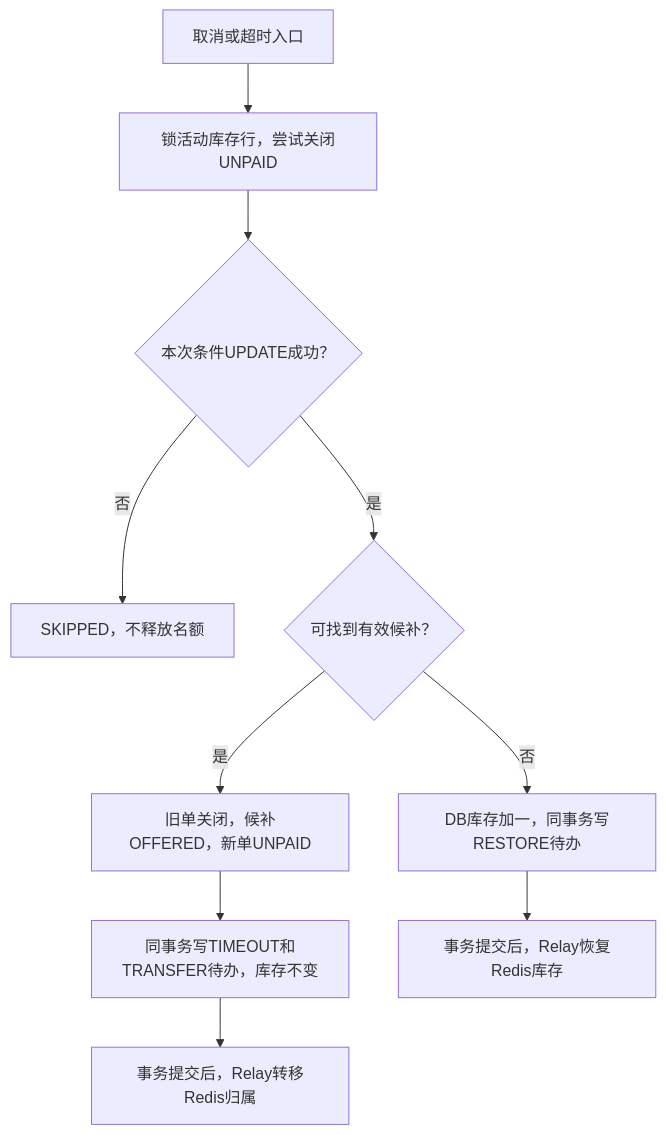
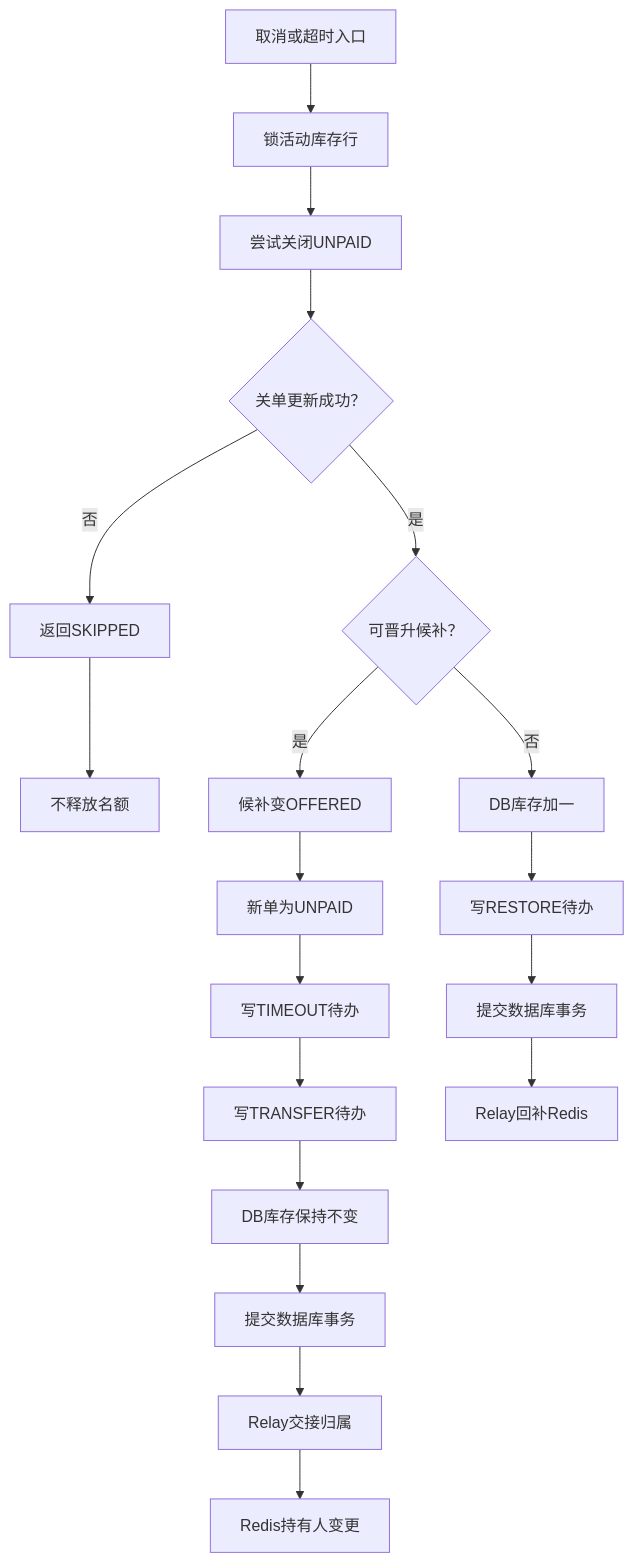
Before and after one commit to SyH-101/citypass-platform: the fourth of 6 diagrams in 01-异步预约与候补调度.md, drawn with Mermaid. The commit also changed other lines of this file, not shown here.

Commit message:
docs: split long reservation flowchart labels to prevent clipping

````diff
--- a/01-异步预约与候补调度.md
+++ b/01-异步预约与候补调度.md
@@ -559,12 +567,21 @@
 ```mermaid
 flowchart TD
-    A["取消或超时入口"] --> B["锁活动库存行，尝试关闭UNPAID"]
-    B --> C{"本次条件UPDATE成功？"}
-    C -->|否| D["SKIPPED，不释放名额"]
-    C -->|是| E{"可找到有效候补？"}
-    E -->|是| F["旧单关闭，候补OFFERED，新单UNPAID"]
-    F --> G["同事务写TIMEOUT和TRANSFER待办，库存不变"]
-    E -->|否| H["DB库存加一，同事务写RESTORE待办"]
-    G --> I["事务提交后，Relay转移Redis归属"]
-    H --> J["事务提交后，Relay恢复Redis库存"]
+    A["取消或超时入口"] --> B["锁活动库存行"]
+    B --> B2["尝试关闭UNPAID"]
+    B2 --> C{"关单更新成功？"}
+    C -->|否| D["返回SKIPPED"]
+    D --> D2["不释放名额"]
+    C -->|是| E{"可晋升候补？"}
+    E -->|是| F["候补变OFFERED"]
+    F --> F2["新单为UNPAID"]
+    F2 --> G["写TIMEOUT待办"]
+    G --> G2["写TRANSFER待办"]
+    G2 --> G3["DB库存保持不变"]
+    G3 --> I["提交数据库事务"]
+    I --> I2["Relay交接归属"]
+    I2 --> I3["Redis持有人变更"]
+    E -->|否| H["DB库存加一"]
+    H --> H2["写RESTORE待办"]
+    H2 --> J["提交数据库事务"]
+    J --> J2["Relay回补Redis"]
 ```
````
